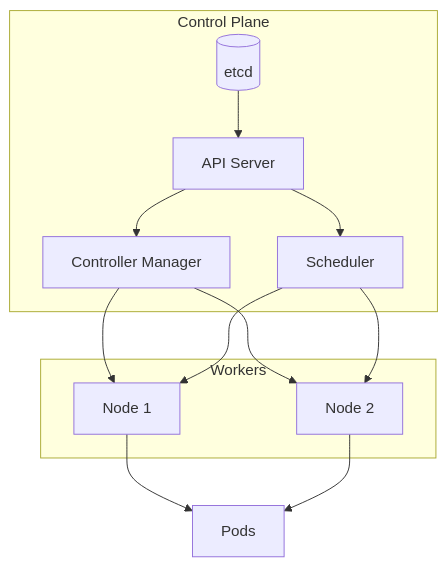
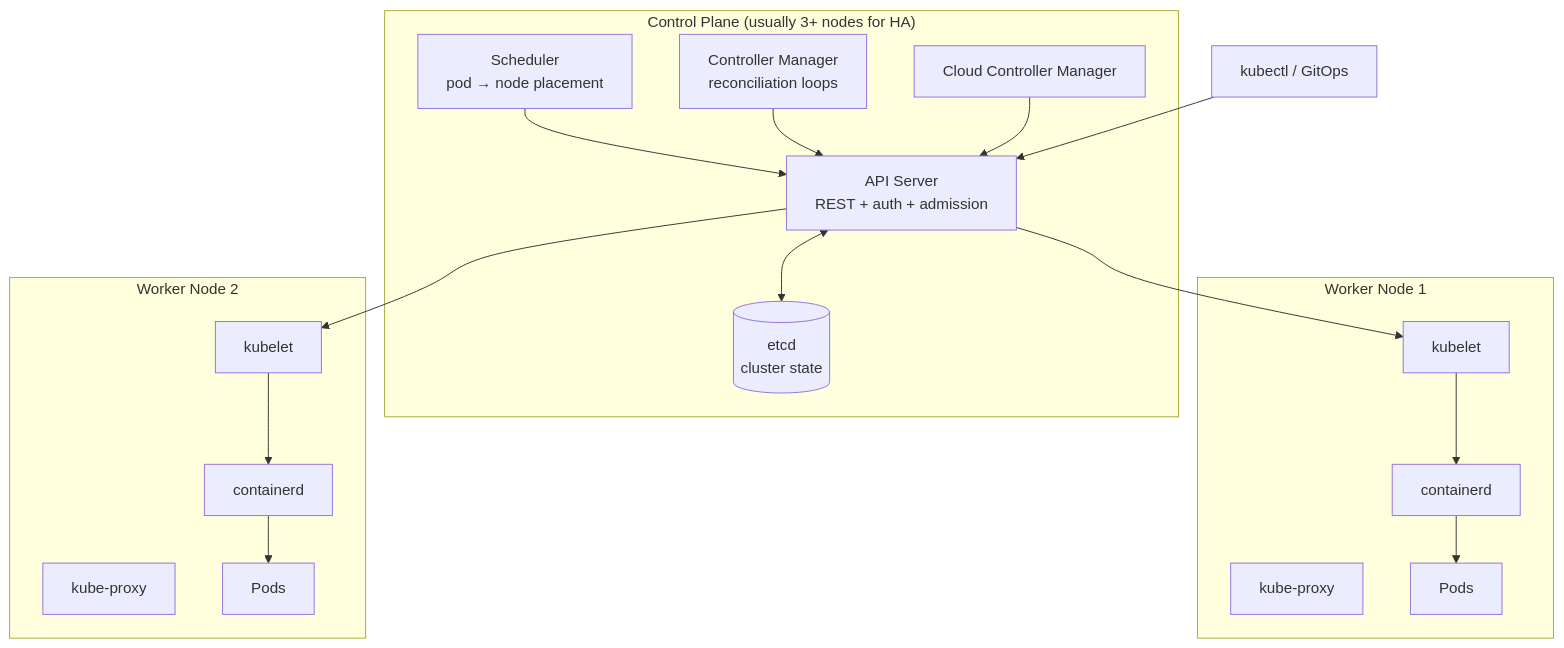
Diagram 26 of 47 in 11-cloud-and-kubernetes/README.md (hareramcse/SystemDesign), drawn with Mermaid before and after one commit. The commit also changed other lines of this file and 14 other files, not shown here.

````diff
--- a/11-cloud-and-kubernetes/README.md
+++ b/11-cloud-and-kubernetes/README.md
@@ -1092,17 +1279,31 @@
 ```mermaid
 flowchart TB
-    subgraph CP["Control Plane"]
-        API[API Server]
-        SCH[Scheduler]
-        CM[Controller Manager]
-        ETCD[(etcd)]
+    subgraph CP["Control Plane (usually 3+ nodes for HA)"]
+        API[API Server<br/>REST + auth + admission]
+        ETCD[(etcd<br/>cluster state)]
+        SCH[Scheduler<br/>pod → node placement]
+        CM[Controller Manager<br/>reconciliation loops]
+        CCM[Cloud Controller Manager]
+        API <--> ETCD
+        SCH & CM & CCM --> API
     end
-    subgraph Workers
-        N1[Node 1]
-        N2[Node 2]
+
+    subgraph W1["Worker Node 1"]
+        K1[kubelet]
+        KP1[kube-proxy]
+        CR1[containerd]
+        K1 --> CR1
+        CR1 --> P1[Pods]
     end
-    API --> SCH & CM
-    CM & SCH --> N1 & N2
-    ETCD --> API
-    N1 & N2 --> Pods[Pods]
+
+    subgraph W2["Worker Node 2"]
+        K2[kubelet]
+        KP2[kube-proxy]
+        CR2[containerd]
+        K2 --> CR2
+        CR2 --> P2[Pods]
+    end
+
+    API --> K1 & K2
+    User[kubectl / GitOps] --> API
 ```
````
